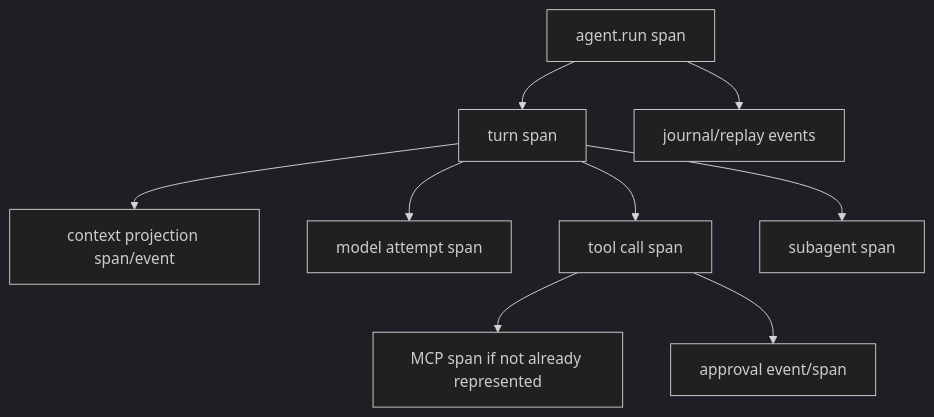
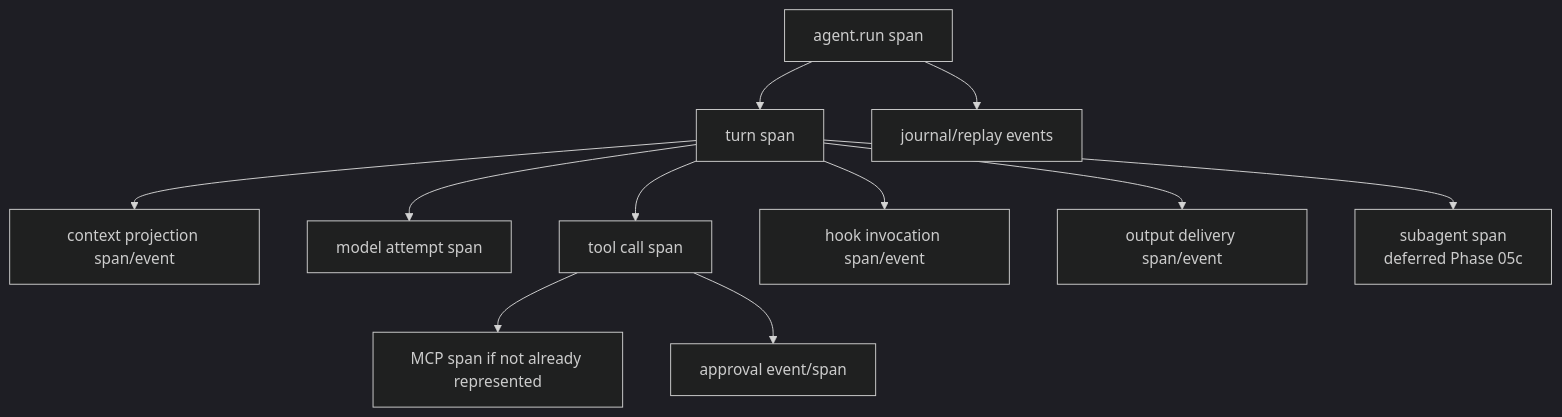
One commit to heyclawdia/clawdia_sdk changed the diagram in docs/contracts/otel-mapping-contract.md. Above: the diagram before and after it, drawn with Mermaid (dark theme). The commit also changed other lines of this file and 20 other files, not shown here.

````diff
--- a/docs/contracts/otel-mapping-contract.md
+++ b/docs/contracts/otel-mapping-contract.md
@@ -29,11 +41,13 @@
 ```mermaid
 flowchart TD
   A["agent.run span"] --> B["turn span"]
   B --> C["context projection span/event"]
   B --> D["model attempt span"]
   B --> E["tool call span"]
   E --> F["MCP span if not already represented"]
   E --> G["approval event/span"]
-  B --> H["subagent span"]
+  B --> J["hook invocation span/event"]
+  B --> K["output delivery span/event"]
+  B --> H["subagent span<br/>deferred Phase 05c"]
   A --> I["journal/replay events"]
 ```
````
